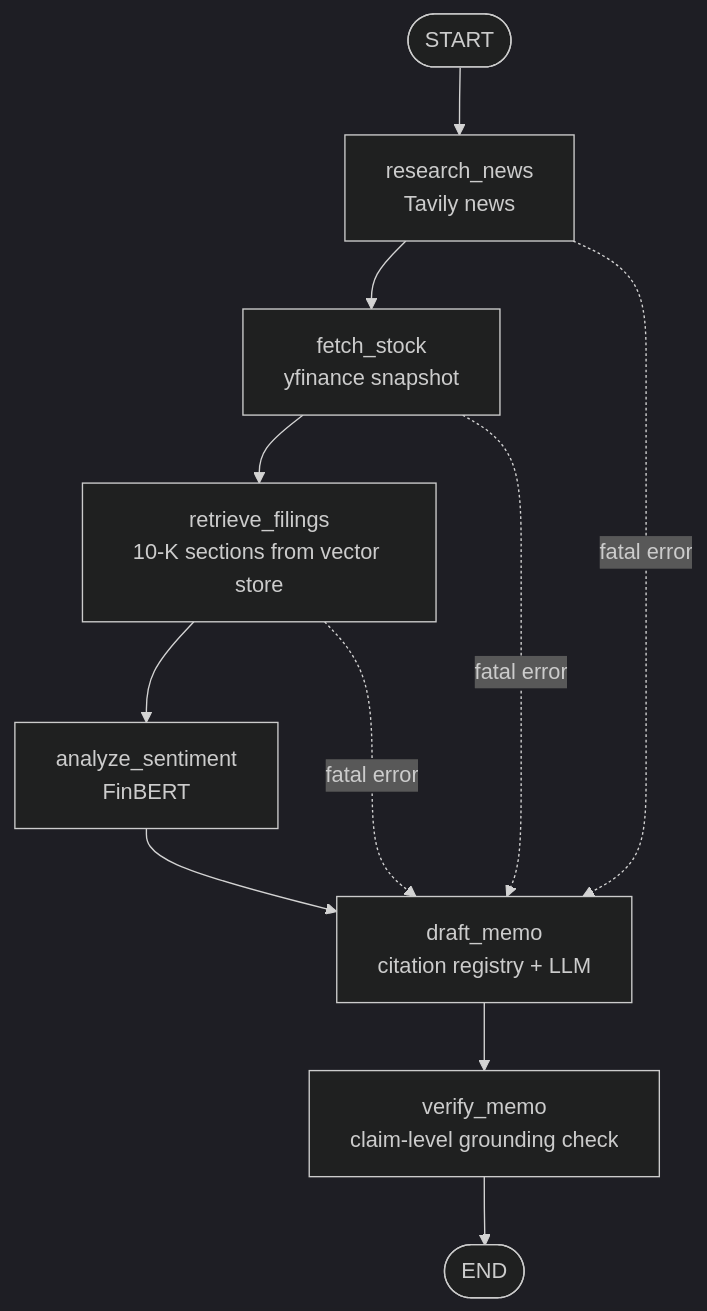
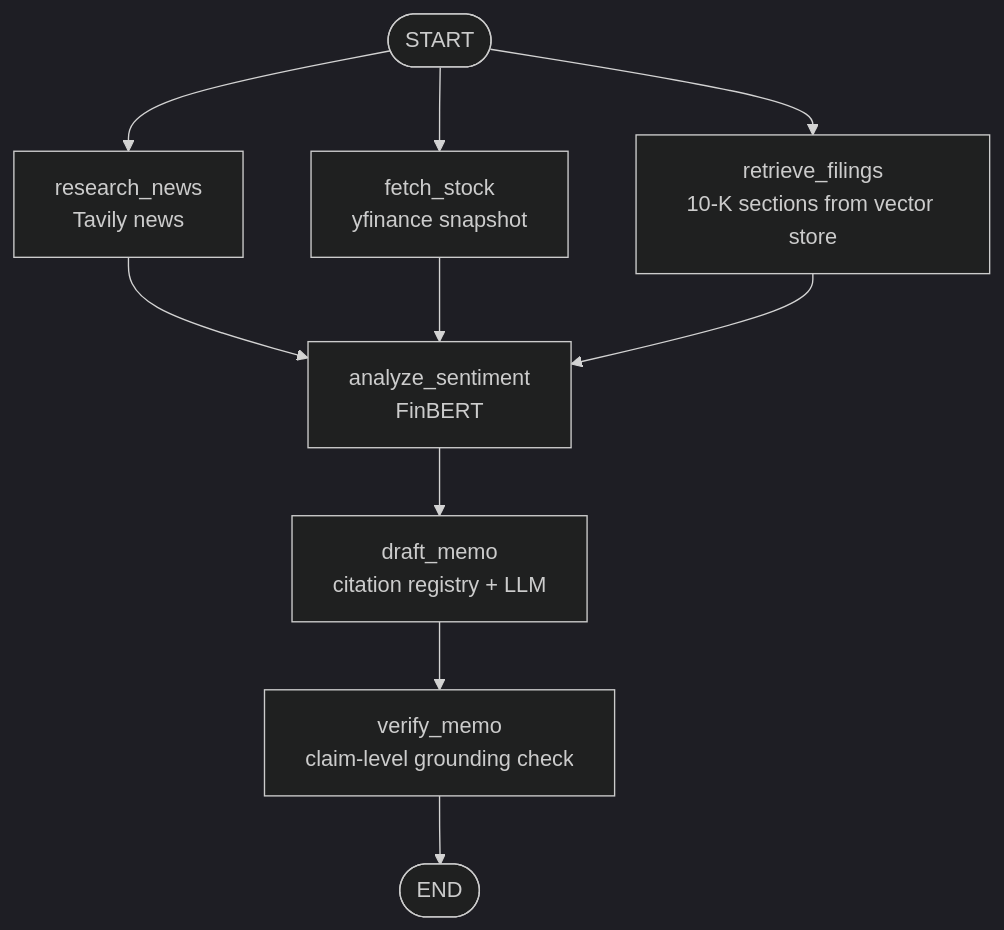
Before and after one commit to nilesh-auradkar05/Financial-Analyst-Agent: the diagram in README.md, drawn with Mermaid (dark theme). The commit also changed other lines of this file and 12 other files, not shown here.

````diff
--- a/README.md
+++ b/README.md
@@ -73,13 +73,12 @@
 ```mermaid
 flowchart TD
     S([START]) --> N[research_news<br/>Tavily news]
-    N --> K[fetch_stock<br/>yfinance snapshot]
-    K --> F[retrieve_filings<br/>10-K sections from vector store]
-    F --> A[analyze_sentiment<br/>FinBERT]
+    S --> K[fetch_stock<br/>yfinance snapshot]
+    S --> F[retrieve_filings<br/>10-K sections from vector store]
+    N --> A[analyze_sentiment<br/>FinBERT]
+    K --> A
+    F --> A
     A --> D[draft_memo<br/>citation registry + LLM]
     D --> V[verify_memo<br/>claim-level grounding check]
     V --> E([END])
-    N -. fatal error .-> D
-    K -. fatal error .-> D
-    F -. fatal error .-> D
 ```
````
